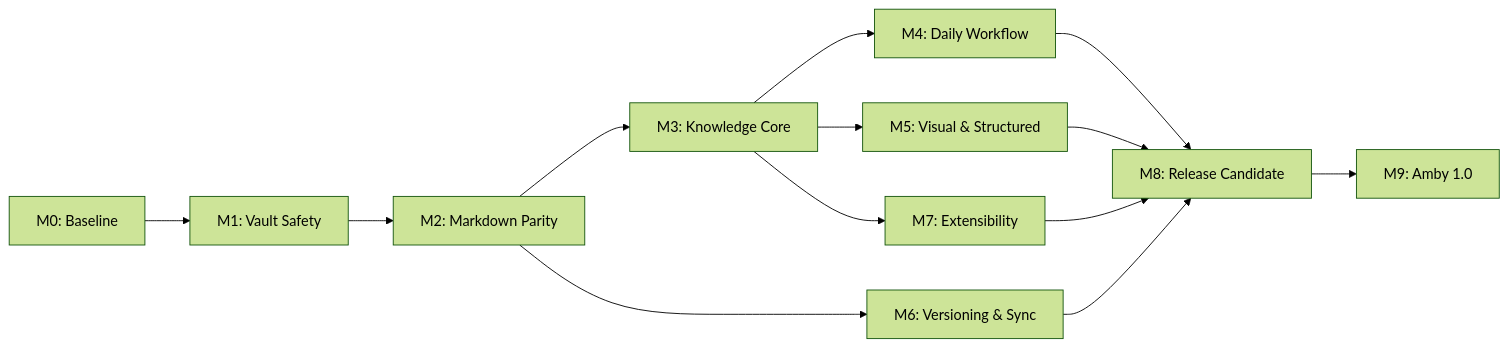
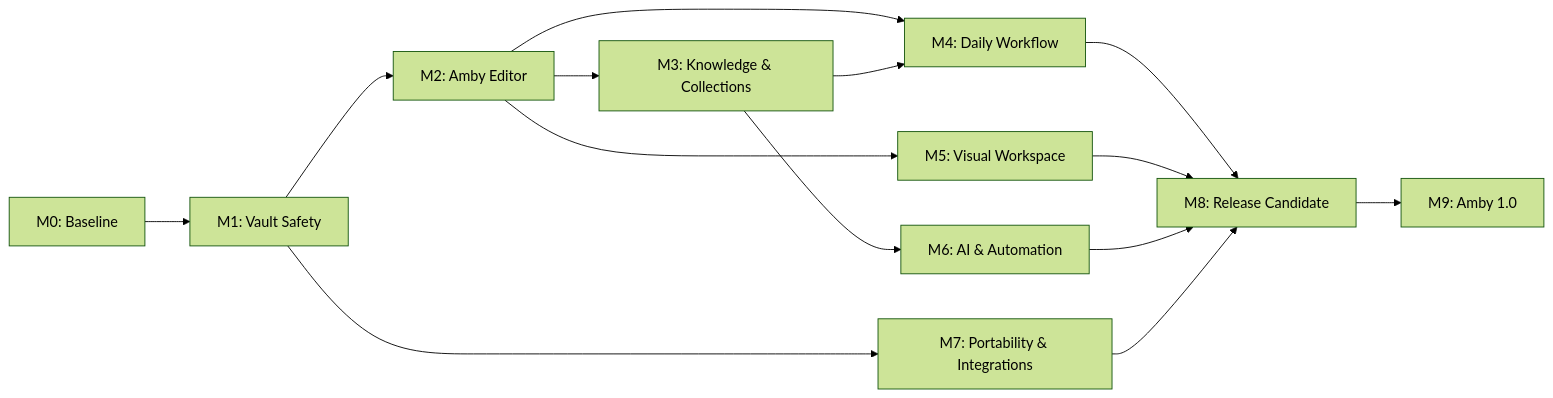
Before and after one commit to MrDarkOm/amby-notes: the diagram in ROADMAP.md, drawn with Mermaid (forest theme). The commit also changed other lines of this file and 143 other files, not shown here.

````diff
--- a/ROADMAP.md
+++ b/ROADMAP.md
@@ -163,15 +232,16 @@
 ```mermaid
 flowchart LR
     M0["M0: Baseline"] --> M1["M1: Vault Safety"]
-    M1 --> M2["M2: Markdown Parity"]
-    M2 --> M3["M3: Knowledge Core"]
-    M3 --> M4["M4: Daily Workflow"]
-    M3 --> M5["M5: Visual & Structured"]
-    M2 --> M6["M6: Versioning & Sync"]
-    M3 --> M7["M7: Extensibility"]
+    M1 --> M2["M2: Amby Editor"]
+    M2 --> M3["M3: Knowledge & Collections"]
+    M2 --> M4["M4: Daily Workflow"]
+    M3 --> M4
+    M2 --> M5["M5: Visual Workspace"]
+    M3 --> M6["M6: AI & Automation"]
+    M1 --> M7["M7: Portability & Integrations"]
     M4 --> M8["M8: Release Candidate"]
     M5 --> M8
     M6 --> M8
     M7 --> M8
     M8 --> M9["M9: Amby 1.0"]
 ```
````
